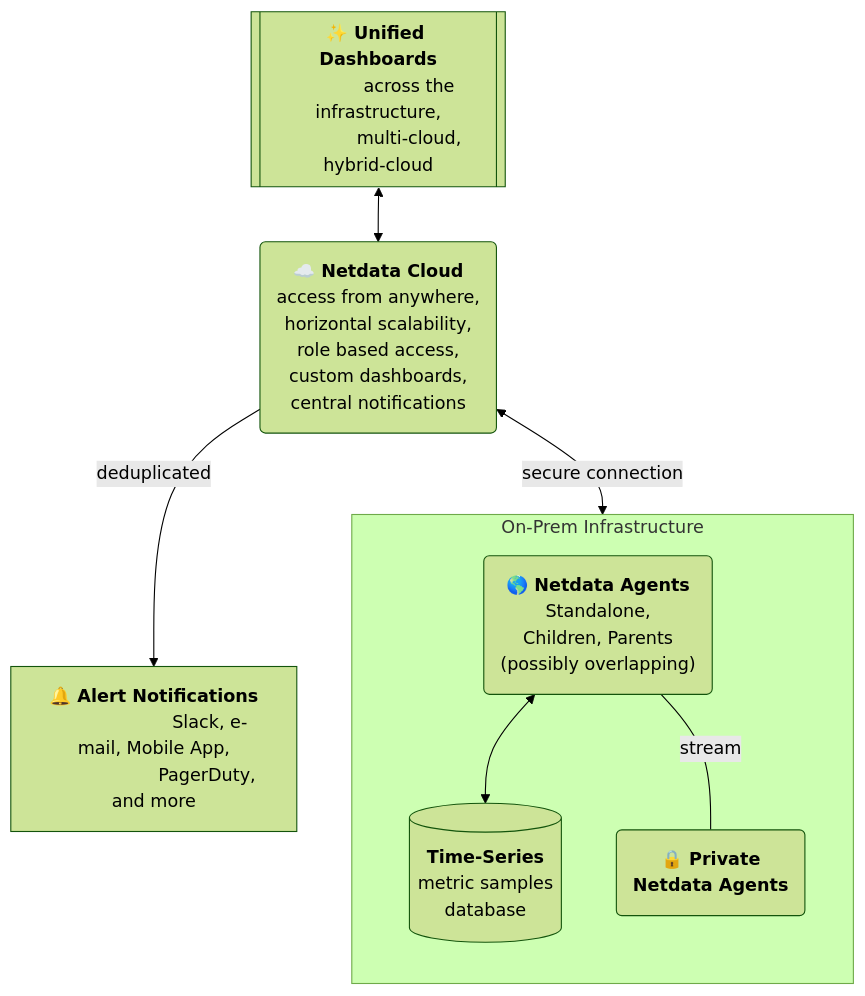
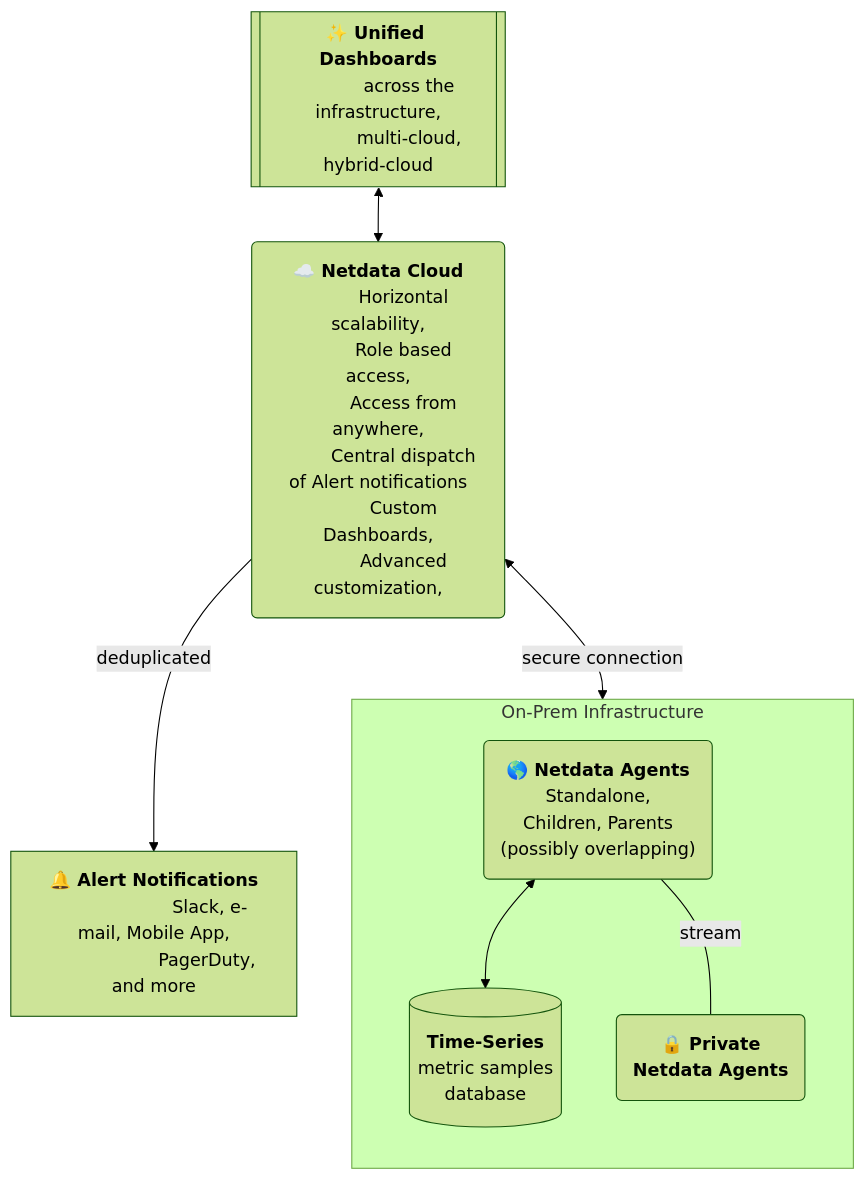
Before and after one commit to Bvegas882/netdata: the diagram in docs/netdata-cloud/README.md, drawn with Mermaid (forest theme). The commit also changed other lines of this file and 1 other file, not shown here.

````diff
--- a/docs/netdata-cloud/README.md
+++ b/docs/netdata-cloud/README.md
@@ -7,32 +12,34 @@
 ```mermaid
 flowchart TB
     NC("<b>☁️ Netdata Cloud</b>
-          access from anywhere,
-          horizontal scalability,
-          role based access,
-          custom dashboards,
-          central notifications")
+          Horizontal scalability,
+          Role based access,
+          Access from anywhere,
+          Central dispatch of Alert notifications
+          Custom Dashboards,
+          Advanced customization,
+          ")
     Users[["<b>✨ Unified Dashboards</b>
             across the infrastructure,
             multi-cloud, hybrid-cloud"]]
     Notifications["<b>🔔 Alert Notifications</b>
                     Slack, e-mail, Mobile App,
                     PagerDuty, and more"]
     Users <--> NC
     NC -->|deduplicated| Notifications
     subgraph On-Prem Infrastructure
         direction TB
         Agents("<b>🌎 Netdata Agents</b>
                 Standalone,
                 Children, Parents
                 (possibly overlapping)")
         TimeSeries[("<b>Time-Series</b>
                     metric samples
                     database")]
         PrivateAgents("<b>🔒 Private
                         Netdata Agents</b>")
         Agents <--> TimeSeries
         Agents ---|stream| PrivateAgents
     end
     NC <-->|secure connection| Agents
 ```
````
